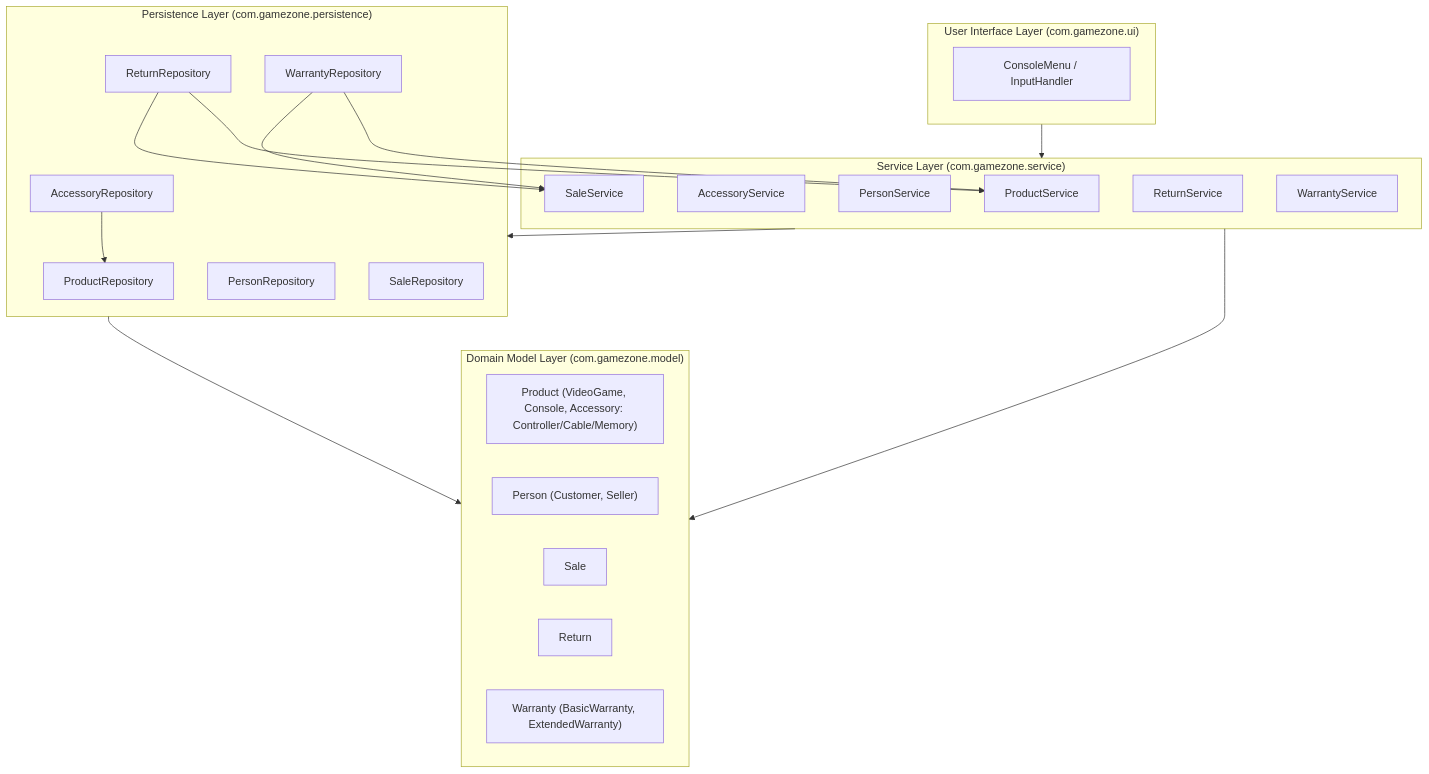
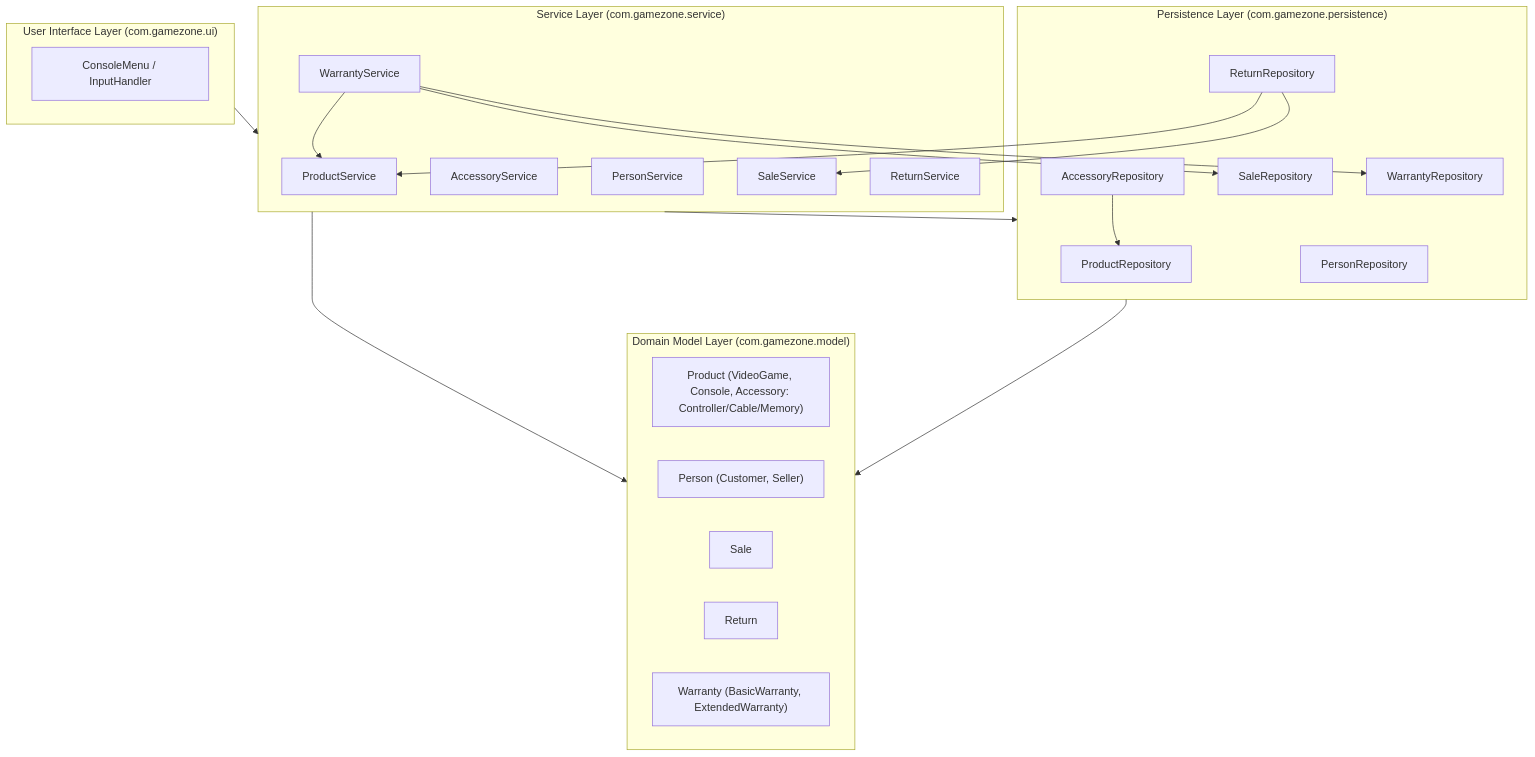
The diagram in docs/layers-diagram.md (jdpinzon08/workshop-GameZoneUnicesar-mondongoCodingPROS), drawn with Mermaid before and after one commit. The commit also changed 1 other file, not shown here.

Commit message:
docs(warranty): document resolved repository dependencies

````diff
--- a/docs/layers-diagram.md
+++ b/docs/layers-diagram.md
@@ -3,45 +3,46 @@
 ```mermaid
 flowchart TD
     %% Layer Nodes
     subgraph UI ["User Interface Layer (com.gamezone.ui)"]
         ConsoleMenu["ConsoleMenu / InputHandler"]
     end
 
     subgraph SERVICE ["Service Layer (com.gamezone.service)"]
         ProductService["ProductService"]
         AccessoryService["AccessoryService"]
         PersonService["PersonService"]
         SaleService["SaleService"]
         ReturnService["ReturnService"]
         WarrantyService["WarrantyService"]
     end
 
     subgraph PERSISTENCE ["Persistence Layer (com.gamezone.persistence)"]
         ProductRepo["ProductRepository"]
         AccessoryRepo["AccessoryRepository"]
         PersonRepo["PersonRepository"]
         SaleRepo["SaleRepository"]
         ReturnRepo["ReturnRepository"]
         WarrantyRepo["WarrantyRepository"]
     end
 
     subgraph MODEL ["Domain Model Layer (com.gamezone.model)"]
         Product["Product (VideoGame, Console, Accessory: Controller/Cable/Memory)"]
         Person["Person (Customer, Seller)"]
         Sale["Sale"]
         Return["Return"]
         Warranty["Warranty (BasicWarranty, ExtendedWarranty)"]
     end
 
     %% Allowed Dependency Flow
     UI --> SERVICE
     SERVICE --> PERSISTENCE
     SERVICE --> MODEL
     PERSISTENCE --> MODEL
     AccessoryRepo --> ProductRepo
     ReturnRepo --> SaleService
     ReturnRepo --> ProductService
-    WarrantyRepo --> SaleService
-    WarrantyRepo --> ProductService
+    WarrantyService --> WarrantyRepo
+    WarrantyService --> SaleRepo
+    WarrantyService --> ProductService
     
 ```
````
